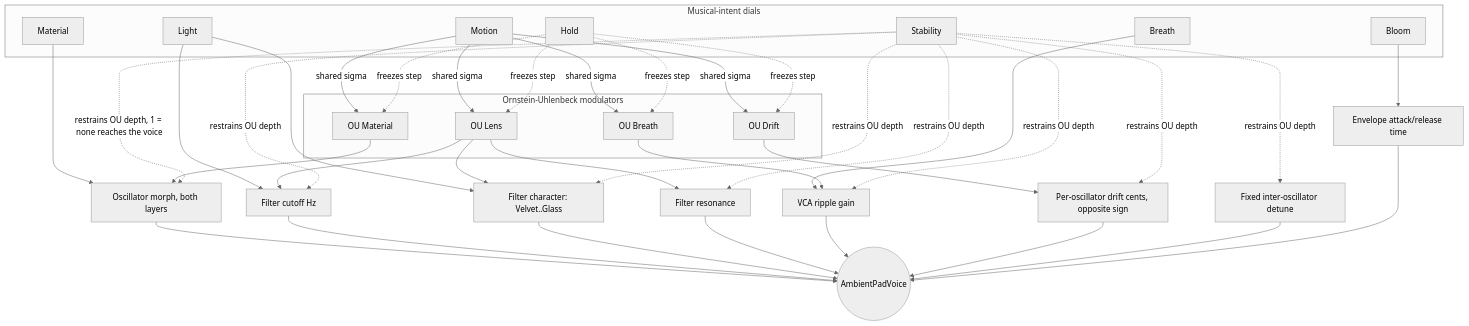
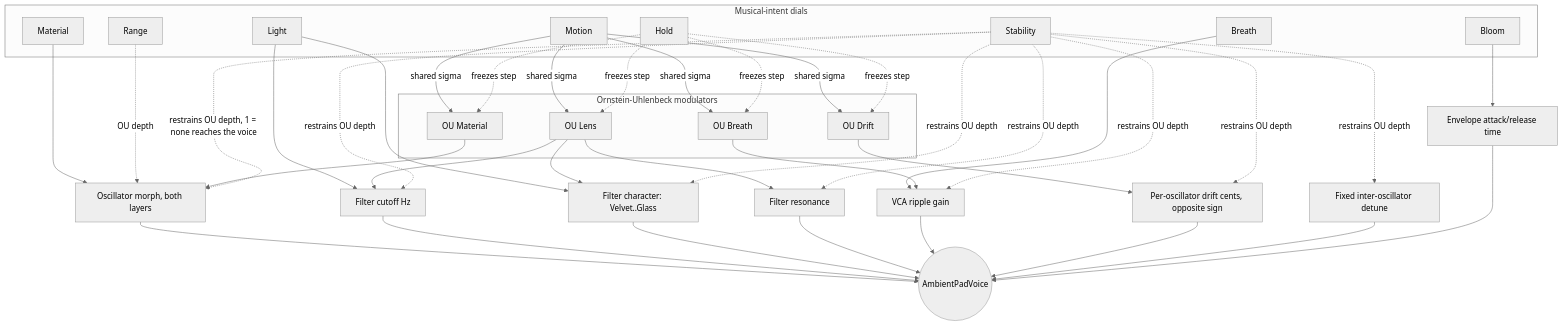
One commit to scjurgen/AbacDsp changed the first of 2 diagrams in examples/ambientpad/README.md. Above: the diagram before and after it, drawn with Mermaid (neutral theme). The commit also changed other lines of this file and 10 other files, not shown here.

Commit message:
Add a Range control for ambientpad's Material wavetable-morph sweep

````diff
--- a/examples/ambientpad/README.md
+++ b/examples/ambientpad/README.md
@@ -25,62 +25,64 @@
 ```mermaid
 flowchart TD
     subgraph DIALS["Musical-intent dials"]
         MATERIAL["Material"]
+        MRANGE["Range"]
         LIGHT["Light"]
         MOTION["Motion"]
         BREATH["Breath"]
         STABILITY["Stability"]
         BLOOM["Bloom"]
         HOLD["Hold"]
     end
 
     subgraph OU["Ornstein-Uhlenbeck modulators"]
         OUB["OU Breath"]
         OUM["OU Material"]
         OUL["OU Lens"]
         OUD["OU Drift"]
     end
 
     MOTION -->|shared sigma| OUB
     MOTION -->|shared sigma| OUM
     MOTION -->|shared sigma| OUL
     MOTION -->|shared sigma| OUD
     HOLD -.->|freezes step| OUB
     HOLD -.->|freezes step| OUM
     HOLD -.->|freezes step| OUL
     HOLD -.->|freezes step| OUD
 
     MATERIAL --> MORPH["Oscillator morph, both layers"]
+    MRANGE -.->|OU depth| MORPH
     OUM --> MORPH
 
     LIGHT --> CUTOFF["Filter cutoff Hz"]
     OUL --> CUTOFF
     LIGHT --> CHAR["Filter character: Velvet..Glass"]
     OUL --> CHAR
     OUL --> RESO["Filter resonance"]
 
     BREATH --> RIPPLE["VCA ripple gain"]
     OUB --> RIPPLE
 
     OUD --> DRIFT["Per-oscillator drift cents, opposite sign"]
     DETUNE["Fixed inter-oscillator detune"]
 
     STABILITY -.->|restrains OU depth, 1 = none reaches the voice| MORPH
     STABILITY -.->|restrains OU depth| CUTOFF
     STABILITY -.->|restrains OU depth| CHAR
     STABILITY -.->|restrains OU depth| RESO
     STABILITY -.->|restrains OU depth| RIPPLE
     STABILITY -.->|restrains OU depth| DRIFT
     STABILITY -.->|restrains OU depth| DETUNE
 
     BLOOM --> ENV["Envelope attack/release time"]
 
     MORPH --> VOICE(("AmbientPadVoice"))
     CUTOFF --> VOICE
     CHAR --> VOICE
     RESO --> VOICE
     RIPPLE --> VOICE
     DRIFT --> VOICE
     DETUNE --> VOICE
     ENV --> VOICE
 ```
````
